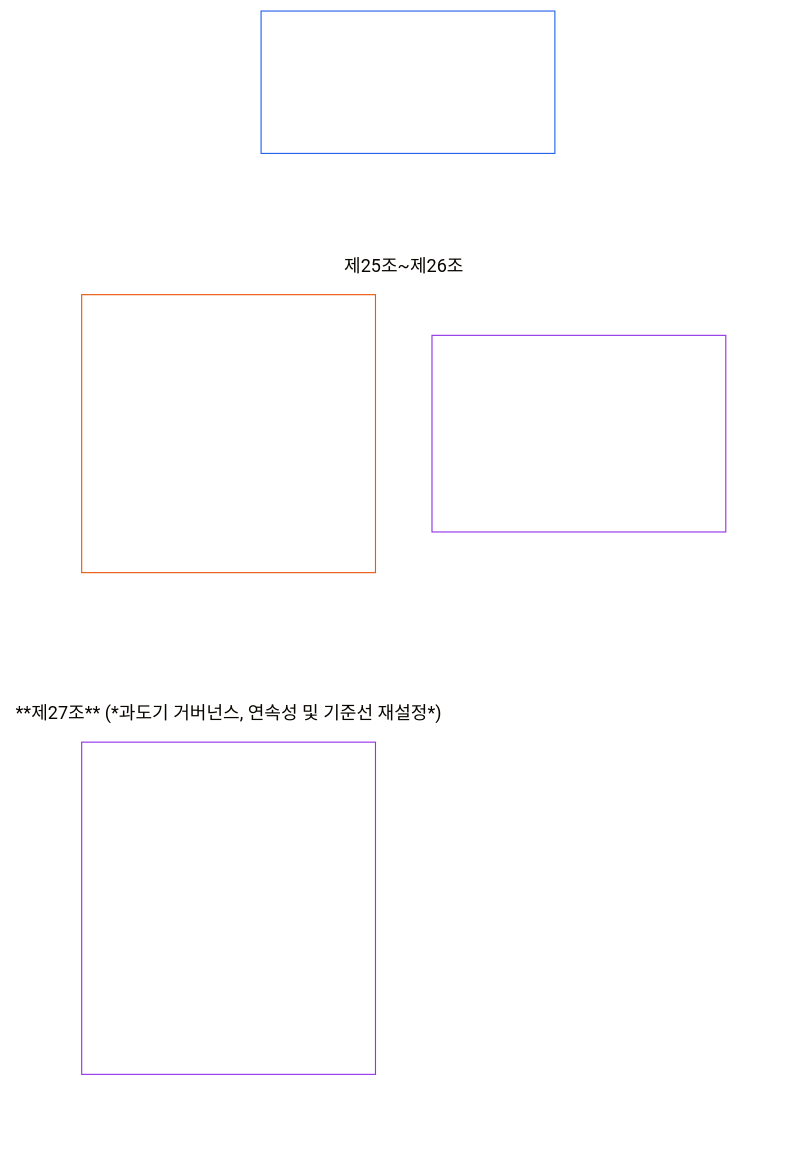
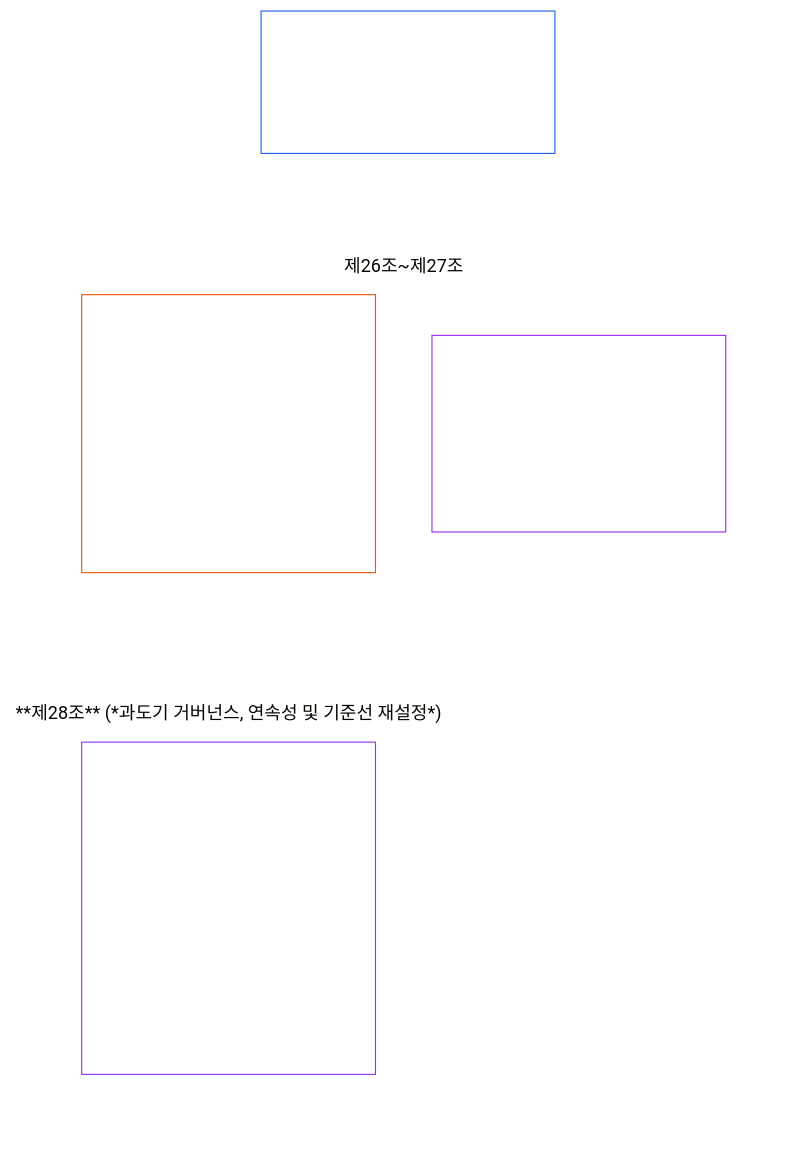
One commit to kfoelsch/Sentient_Constitution changed the diagram in translations/ko/core_06_rights_part_e.md. Above: the diagram before and after it, drawn with Mermaid (base theme). The commit also changed other lines of this file and 353 other files, not shown here.

````diff
--- a/translations/ko/core_06_rights_part_e.md
+++ b/translations/ko/core_06_rights_part_e.md
@@ -40,24 +40,24 @@
 ```mermaid
 flowchart TB
     D0["E부<br/><br/>충돌 해결, 검토, 헌법적 진화 및 과도기"]
     subgraph Dgrid[" "]
         direction TB
-        subgraph Drow1["제25조~제26조"]
-            D1["**제25조** (*시의적절한 사후 검토와 회복적 조정*) · 시의적절한 사후 검토와 회복적 조정<br/><br/>• 사후 검토와 공개<br/>• 권리 충돌 절차<br/>• 회복적 조정<br/>• 적시 해결과 지연 방지"]
-            D2["**제26조** (*헌법의 진화와 고착 방지*) · 헌법의 진화와 고착 방지<br/><br/>• 고착 방지와 재검토 가능성<br/>• 정기적 재검증과 투명한 변경"]
+        subgraph Drow1["제26조~제27조"]
+            D1["**제26조** (*시의적절한 사후 검토와 회복적 조정*) · 시의적절한 사후 검토와 회복적 조정<br/><br/>• 사후 검토와 공개<br/>• 권리 충돌 절차<br/>• 회복적 조정<br/>• 적시 해결과 지연 방지"]
+            D2["**제27조** (*헌법의 진화와 고착 방지*) · 헌법의 진화와 고착 방지<br/><br/>• 고착 방지와 재검토 가능성<br/>• 정기적 재검증과 투명한 변경"]
         end
-        subgraph Drow2["**제27조** (*과도기 거버넌스, 연속성 및 기준선 재설정*)"]
-            D3["**제27조** (*과도기 거버넌스, 연속성 및 기준선 재설정*) · 과도기 거버넌스, 연속성 및 기준선 재설정<br/><br/>• 단계적 채택과 권리 기준선의 연속성<br/>• 과도기 권한과 재승인<br/>• 실패 시 출구, 기준선 재설정 및 추적 가능성<br/>• 비준수 재산 및 시스템"]
+        subgraph Drow2["**제28조** (*과도기 거버넌스, 연속성 및 기준선 재설정*)"]
+            D3["**제28조** (*과도기 거버넌스, 연속성 및 기준선 재설정*) · 과도기 거버넌스, 연속성 및 기준선 재설정<br/><br/>• 단계적 채택과 권리 기준선의 연속성<br/>• 과도기 권한과 재승인<br/>• 실패 시 출구, 기준선 재설정 및 추적 가능성<br/>• 비준수 재산 및 시스템"]
         end
     end
     %% 보이지 않는 링크는 두 열 격자를 강제합니다. 각 링크는 대상을 한 단계 아래에 둡니다.
     D0 ~~~ D1 & D2
     D1 ~~~ D3
     style Dgrid fill:none,stroke:none
     style Drow1 fill:none,stroke:none
     style Drow2 fill:none,stroke:none
     style D0 fill:none,stroke:#2563eb,color:#ffffff
     style D1 fill:none,stroke:#ea580c,color:#ffffff
     style D2 fill:none,stroke:#9333ea,color:#ffffff
     style D3 fill:none,stroke:#9333ea,color:#ffffff
 ```
````
